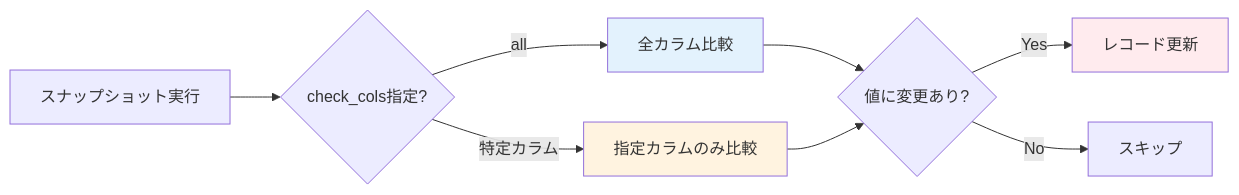
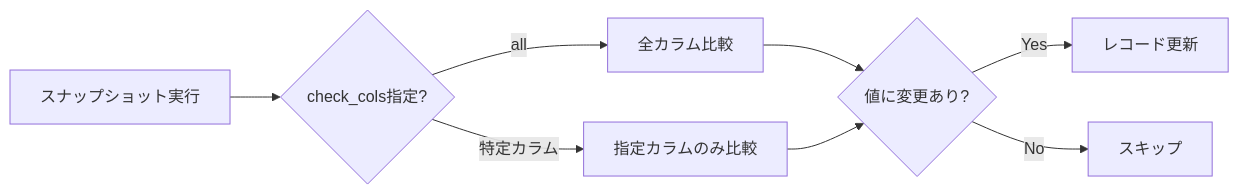
Before and after one commit to 1210yuichi0/1210yuichi0.github.io: the third of 14 diagrams in content/Tech/dbt/categories/snapshot-config.md, drawn with Mermaid. The commit also changed other lines of this file and 22 other files, not shown here.

First line of the commit message:
style: remove Mermaid style directives for dark mode compatibility

````diff
--- a/content/Tech/dbt/categories/snapshot-config.md
+++ b/content/Tech/dbt/categories/snapshot-config.md
@@ -251,16 +245,13 @@
 ```mermaid
 flowchart LR
     A[スナップショット実行] --> B{check_cols指定?}
     B -->|all| C[全カラム比較]
     B -->|特定カラム| D[指定カラムのみ比較]
 
     C --> E{値に変更あり?}
     D --> E
 
     E -->|Yes| F[レコード更新]
     E -->|No| G[スキップ]
 
-    style C fill:#e3f2fd
-    style D fill:#fff3e0
-    style F fill:#ffebee
 ```
````
